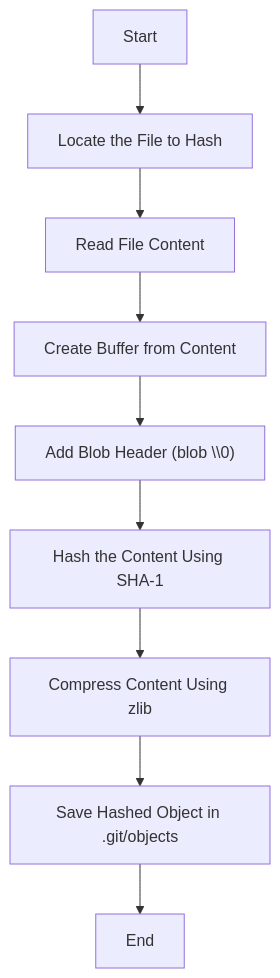
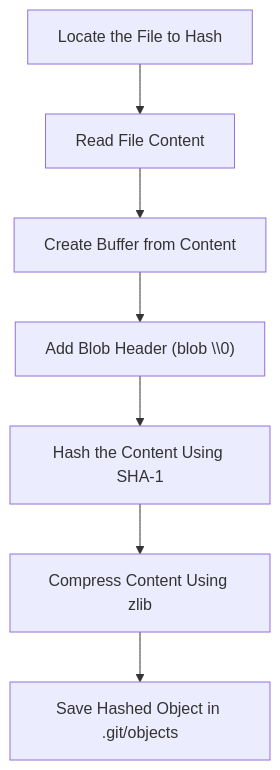
The diagram in notes/stage-3-create-hash-obj.md (ds-spec/build-your-own-git), drawn with Mermaid before and after one commit. The commit also changed 1 other file, not shown here.

Commit message:
Changes in stage 2 and 3 flowchart

````diff
--- a/notes/stage-3-create-hash-obj.md
+++ b/notes/stage-3-create-hash-obj.md
@@ -5,11 +5,11 @@
 ```mermaid
 flowchart TD
-    Start[Start] --> LocateFile[Locate the File to Hash]
+    LocateFile[Locate the File to Hash]
     LocateFile --> ReadContent[Read File Content]
     ReadContent --> CreateBuffer[Create Buffer from Content]
     CreateBuffer --> AddHeader["Add Blob Header (blob <size>\\0)"]
     AddHeader --> HashContent[Hash the Content Using SHA-1]
     HashContent --> CompressContent[Compress Content Using zlib]
     CompressContent --> SaveObject[Save Hashed Object in .git/objects]
-    SaveObject --> End[End]
+
 ```
````
